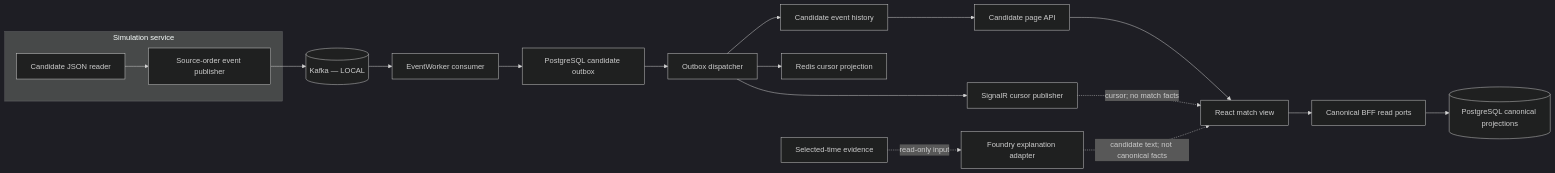
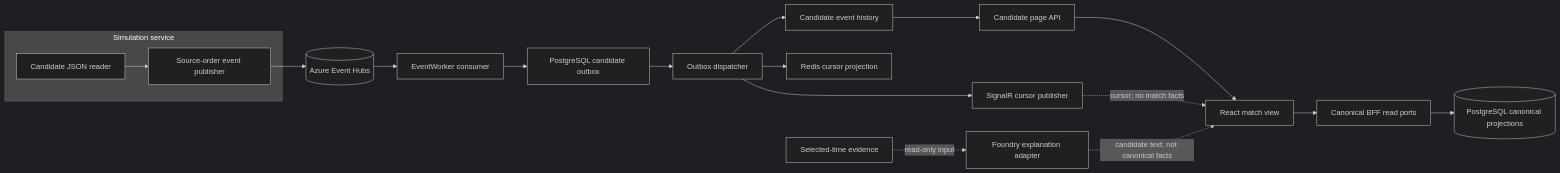
The third of 4 diagrams in README.md (prateekgangopadhyay/PitchMind), drawn with Mermaid (dark theme) before and after one commit. The commit also changed other lines of this file and 12 other files, not shown here.

````diff
--- a/README.md
+++ b/README.md
@@ -38,20 +47,20 @@
 ```mermaid
 flowchart LR
   subgraph Simulation["Simulation service"]
     JSON["Candidate JSON reader"] --> Publisher["Source-order event publisher"]
   end
-  Publisher --> Broker[("Kafka — LOCAL")]
+  Publisher --> Broker[("Azure Event Hubs")]
   Broker --> Consumer["EventWorker consumer"]
   Consumer --> Stage["PostgreSQL candidate outbox"]
   Stage --> Dispatcher["Outbox dispatcher"]
   Dispatcher --> History["Candidate event history"]
   Dispatcher --> Cursor["Redis cursor projection"]
   Dispatcher --> Notifier["SignalR cursor publisher"]
   History --> ReadAPI["Candidate page API"]
   ReadAPI --> UI["React match view"]
   Notifier -. "cursor; no match facts" .-> UI
   Canonical["Canonical BFF read ports"] --> CanonicalPG[("PostgreSQL canonical projections")]
   UI --> Canonical
   Evidence["Selected-time evidence"] -. "read-only input" .-> AI["Foundry explanation adapter"]
   AI -. "candidate text; not canonical facts" .-> UI
 ```
````
